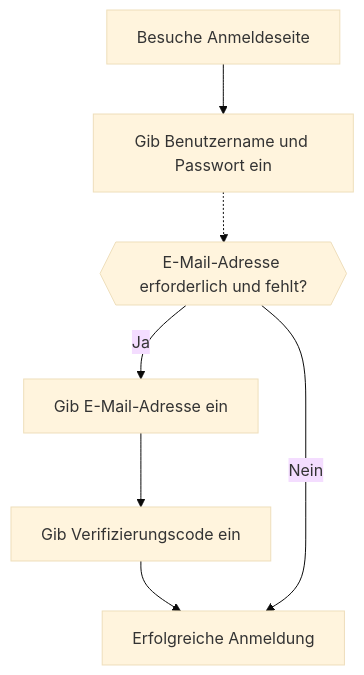
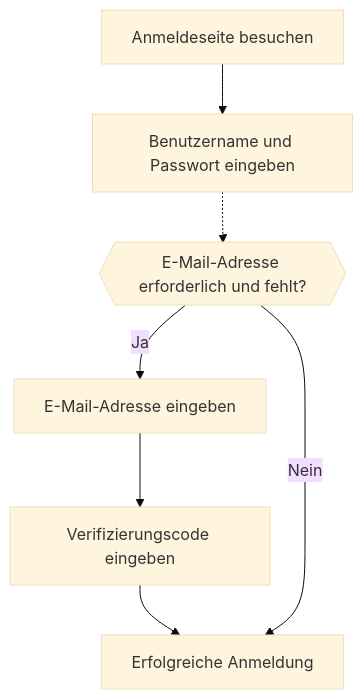
Before and after one commit to logto-io/docs: the diagram in i18n/de/docusaurus-plugin-content-docs/current/end-user-flows/sign-up-and-sign-in/sign-in.mdx, drawn with Mermaid (base theme). The commit also changed other lines of this file and 200 other files, not shown here.

````diff
--- a/i18n/de/docusaurus-plugin-content-docs/current/end-user-flows/sign-up-and-sign-in/sign-in.mdx
+++ b/i18n/de/docusaurus-plugin-content-docs/current/end-user-flows/sign-up-and-sign-in/sign-in.mdx
@@ -90,9 +91,9 @@
 ```mermaid
 flowchart TD
-    A[Besuche Anmeldeseite] --> B[Gib Benutzername und Passwort ein]
+    A[Anmeldeseite besuchen] --> B[Benutzername und Passwort eingeben]
     B -.-> C{{E-Mail-Adresse erforderlich und fehlt?}}
-    C -->|Ja| D[Gib E-Mail-Adresse ein]
-    D --> E[Gib Verifizierungscode ein]
+    C -->|Ja| D[E-Mail-Adresse eingeben]
+    D --> E[Verifizierungscode eingeben]
     E --> F[Erfolgreiche Anmeldung]
     C --> |Nein| F
 ```
````
